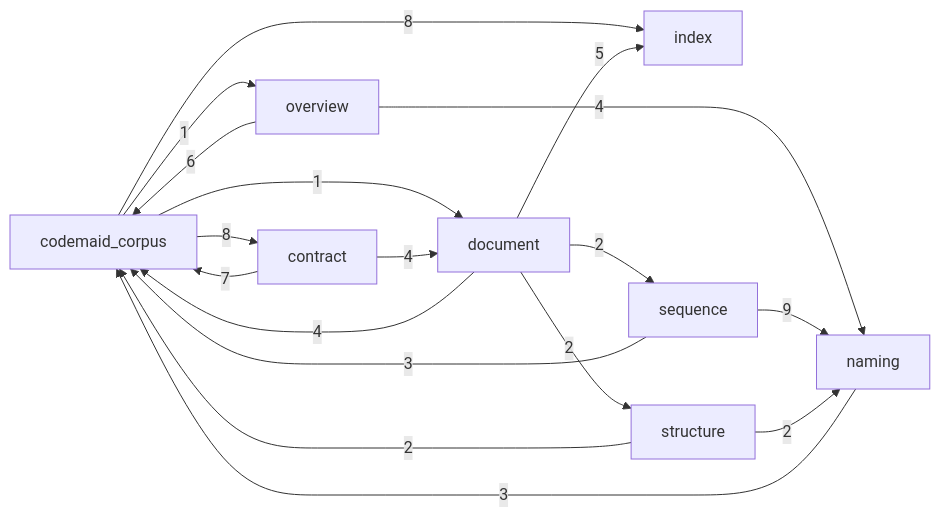
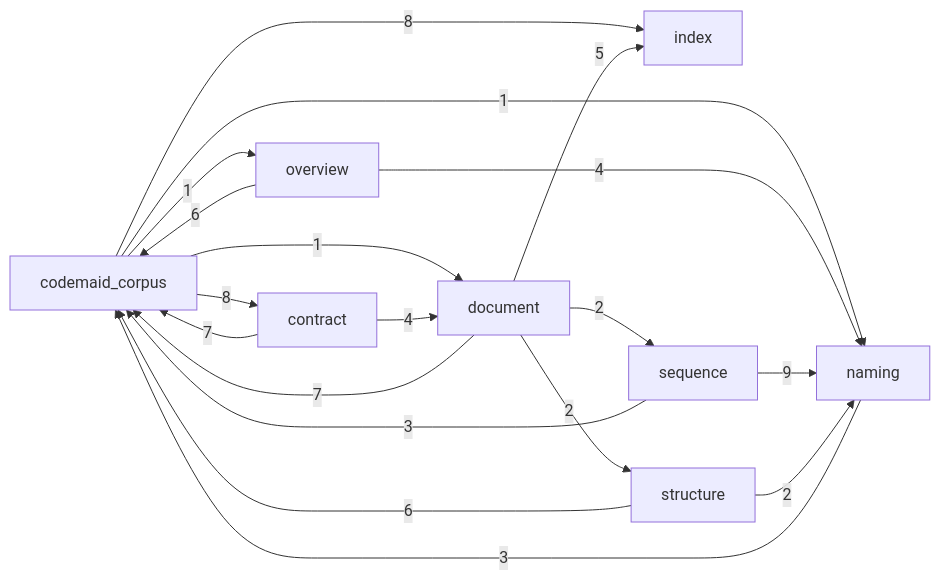
Before and after one commit to DreamLab-AI/codemaid: the second of 10 diagrams in docs/codemaid/_overview.md, drawn with Mermaid. The commit also changed other lines of this file and 29 other files, not shown here.

````diff
--- a/docs/codemaid/_overview.md
+++ b/docs/codemaid/_overview.md
@@ -48,28 +52,29 @@
 ```mermaid
 flowchart LR
   codemaid_corpus["codemaid_corpus"]
   codemaid_corpus__contract["contract"]
   codemaid_corpus__document["document"]
   codemaid_corpus__index["index"]
   codemaid_corpus__naming["naming"]
   codemaid_corpus__overview["overview"]
   codemaid_corpus__sequence["sequence"]
   codemaid_corpus__structure["structure"]
   codemaid_corpus -->|"8"| codemaid_corpus__contract
   codemaid_corpus -->|"1"| codemaid_corpus__document
   codemaid_corpus -->|"8"| codemaid_corpus__index
+  codemaid_corpus -->|"1"| codemaid_corpus__naming
   codemaid_corpus -->|"1"| codemaid_corpus__overview
   codemaid_corpus__contract -->|"7"| codemaid_corpus
   codemaid_corpus__contract -->|"4"| codemaid_corpus__document
-  codemaid_corpus__document -->|"4"| codemaid_corpus
+  codemaid_corpus__document -->|"7"| codemaid_corpus
   codemaid_corpus__document -->|"5"| codemaid_corpus__index
   codemaid_corpus__document -->|"2"| codemaid_corpus__sequence
   codemaid_corpus__document -->|"2"| codemaid_corpus__structure
   codemaid_corpus__naming -->|"3"| codemaid_corpus
   codemaid_corpus__overview -->|"6"| codemaid_corpus
   codemaid_corpus__overview -->|"4"| codemaid_corpus__naming
   codemaid_corpus__sequence -->|"3"| codemaid_corpus
   codemaid_corpus__sequence -->|"9"| codemaid_corpus__naming
-  codemaid_corpus__structure -->|"2"| codemaid_corpus
+  codemaid_corpus__structure -->|"6"| codemaid_corpus
   codemaid_corpus__structure -->|"2"| codemaid_corpus__naming
 ```
````
